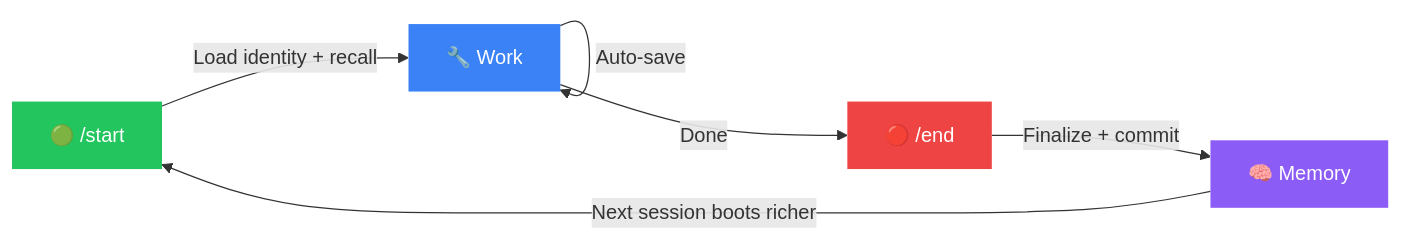
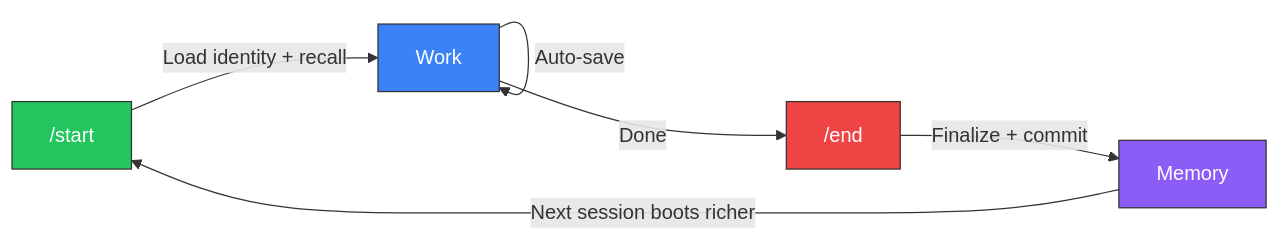
The diagram in README.md (agent-memory-atlas-archive/winstonkoh87--Athena-Public), drawn with Mermaid before and after one commit.

Commit message:
fix: remove emojis from mermaid node labels (GitHub render compat)

````diff
--- a/README.md
+++ b/README.md
@@ -67,13 +67,13 @@
 ```mermaid
 flowchart LR
-    START["🟢 /start"] -->|"Load identity + recall"| WORK["🔧 Work"]
-    WORK -->|"Auto-save"| WORK
-    WORK -->|"Done"| END["🔴 /end"]
-    END -->|"Finalize + commit"| MEM["🧠 Memory"]
-    MEM -->|"Next session boots richer"| START
+    A["/start"] -->|Load identity + recall| B["Work"]
+    B -->|Auto-save| B
+    B -->|Done| C["/end"]
+    C -->|Finalize + commit| D["Memory"]
+    D -->|Next session boots richer| A
 
-    style START fill:#22c55e,color:#fff,stroke:none
-    style END fill:#ef4444,color:#fff,stroke:none
-    style MEM fill:#8b5cf6,color:#fff,stroke:none
-    style WORK fill:#3b82f6,color:#fff,stroke:none
+    style A fill:#22c55e,color:#fff,stroke:#333
+    style C fill:#ef4444,color:#fff,stroke:#333
+    style D fill:#8b5cf6,color:#fff,stroke:#333
+    style B fill:#3b82f6,color:#fff,stroke:#333
 ```
````
